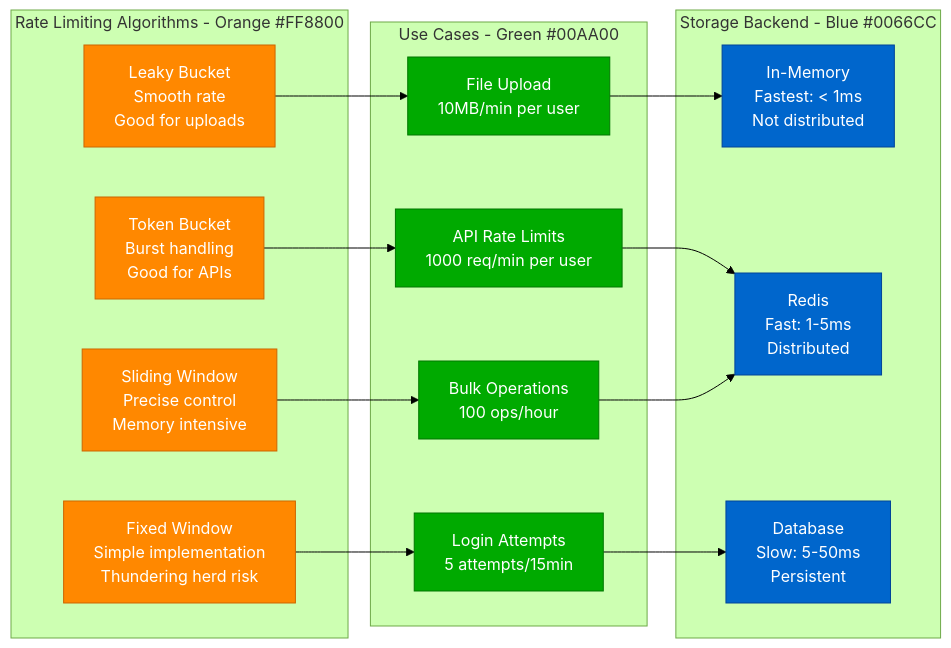
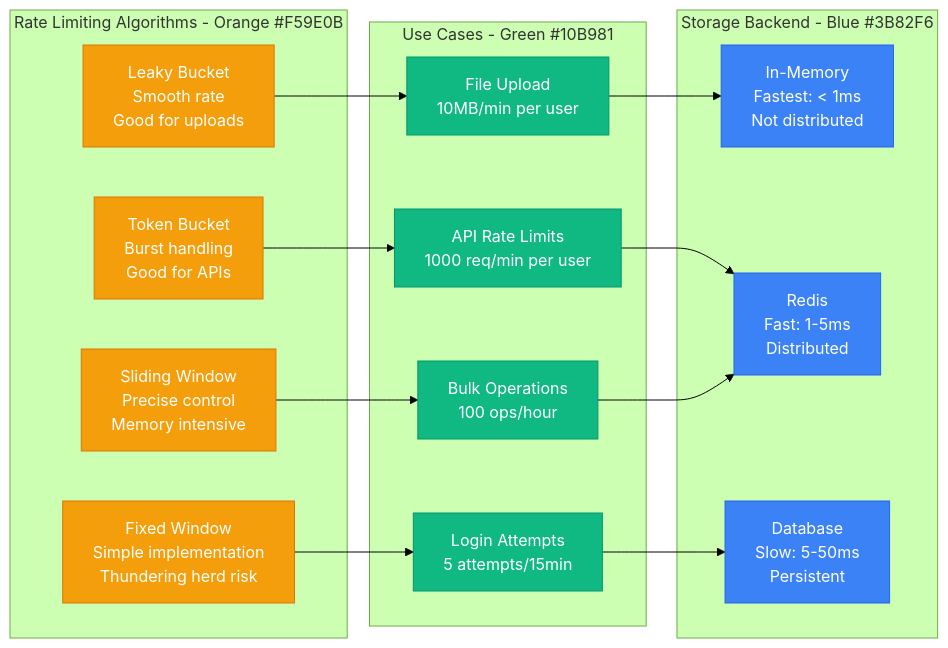
The third of 3 diagrams in site/docs/debugging/api-gateway-issues-debugging.md (deepaucksharma/DS), drawn with Mermaid (forest theme) before and after one commit. The commit also changed other lines of this file and 187 other files, not shown here.

````diff
--- a/site/docs/debugging/api-gateway-issues-debugging.md
+++ b/site/docs/debugging/api-gateway-issues-debugging.md
@@ -436,40 +436,40 @@
 ```mermaid
 graph LR
-    subgraph Algorithms[Rate Limiting Algorithms - Orange #FF8800]
+    subgraph Algorithms[Rate Limiting Algorithms - Orange #F59E0B]
         TOKEN_BUCKET[Token Bucket<br/>Burst handling<br/>Good for APIs]
         LEAKY_BUCKET[Leaky Bucket<br/>Smooth rate<br/>Good for uploads]
         FIXED_WINDOW[Fixed Window<br/>Simple implementation<br/>Thundering herd risk]
         SLIDING_WINDOW[Sliding Window<br/>Precise control<br/>Memory intensive]
     end
 
-    subgraph Storage[Storage Backend - Blue #0066CC]
+    subgraph Storage[Storage Backend - Blue #3B82F6]
         IN_MEMORY[In-Memory<br/>Fastest: < 1ms<br/>Not distributed]
         REDIS[Redis<br/>Fast: 1-5ms<br/>Distributed]
         DATABASE[Database<br/>Slow: 5-50ms<br/>Persistent]
     end
 
-    subgraph UseCase[Use Cases - Green #00AA00]
+    subgraph UseCase[Use Cases - Green #10B981]
         API_CALLS[API Rate Limits<br/>1000 req/min per user]
         FILE_UPLOAD[File Upload<br/>10MB/min per user]
         LOGIN_ATTEMPTS[Login Attempts<br/>5 attempts/15min]
         BULK_OPERATIONS[Bulk Operations<br/>100 ops/hour]
     end
 
     TOKEN_BUCKET --> API_CALLS
     LEAKY_BUCKET --> FILE_UPLOAD
     FIXED_WINDOW --> LOGIN_ATTEMPTS
     SLIDING_WINDOW --> BULK_OPERATIONS
 
     API_CALLS --> REDIS
     FILE_UPLOAD --> IN_MEMORY
     LOGIN_ATTEMPTS --> DATABASE
     BULK_OPERATIONS --> REDIS
 
-    classDef algoStyle fill:#FF8800,stroke:#CC6600,color:#fff
-    classDef storageStyle fill:#0066CC,stroke:#004499,color:#fff
-    classDef usecaseStyle fill:#00AA00,stroke:#007700,color:#fff
+    classDef algoStyle fill:#F59E0B,stroke:#D97706,color:#fff
+    classDef storageStyle fill:#3B82F6,stroke:#2563EB,color:#fff
+    classDef usecaseStyle fill:#10B981,stroke:#059669,color:#fff
 
     class TOKEN_BUCKET,LEAKY_BUCKET,FIXED_WINDOW,SLIDING_WINDOW algoStyle
     class IN_MEMORY,REDIS,DATABASE storageStyle
     class API_CALLS,FILE_UPLOAD,LOGIN_ATTEMPTS,BULK_OPERATIONS usecaseStyle
 ```
````
